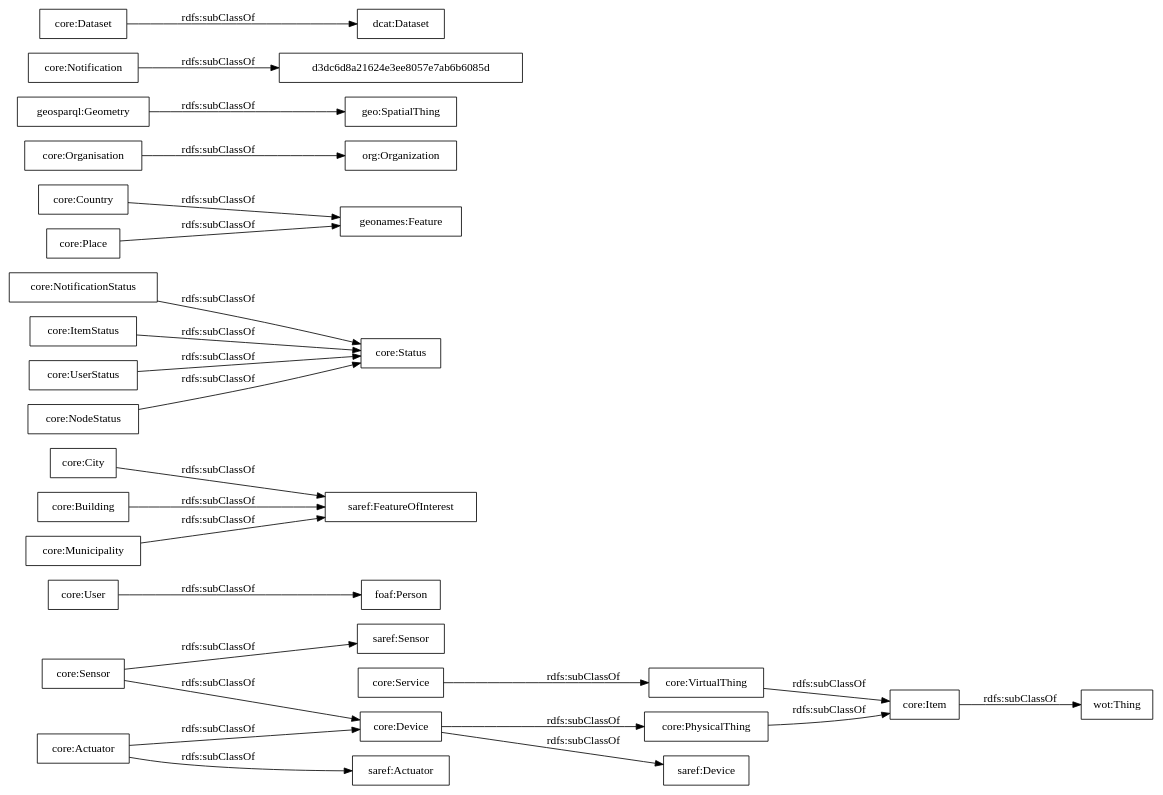
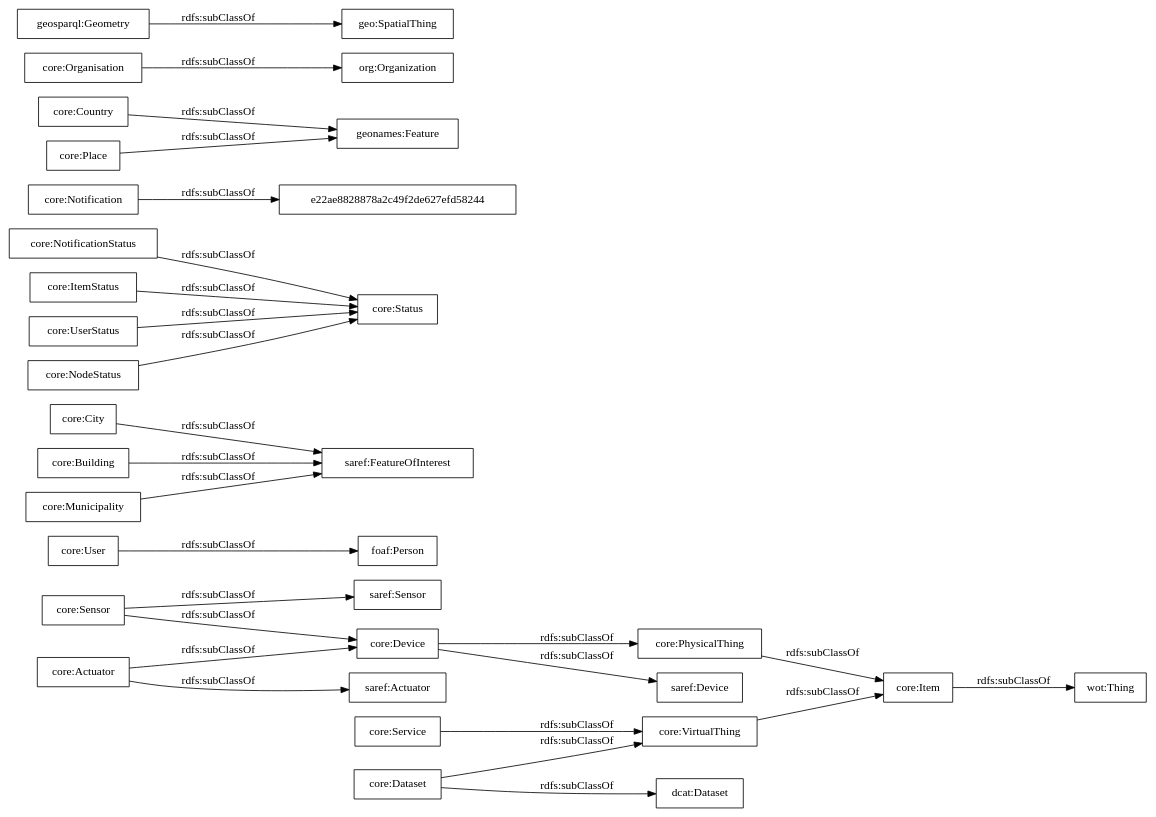
Before and after one commit to oeg-upm/auroral-core-ontology: the diagram in OnToology/ontology/auroral-core.ttl/diagrams/ar2dtool-taxonomy/auroral-core.ttl.png.dot, drawn with Graphviz. The commit also changed 12 other files, not shown here.

```diff
--- a/OnToology/ontology/auroral-core.ttl/diagrams/ar2dtool-taxonomy/auroral-core.ttl.png.dot
+++ b/OnToology/ontology/auroral-core.ttl/diagrams/ar2dtool-taxonomy/auroral-core.ttl.png.dot
@@ -1,30 +1,31 @@
 digraph ar2dtool_diagram { 
 rankdir=LR;
 size="1000"
-node [shape = rectangle, color="black"]; "wot:Thing" "saref:Actuator" "core:User" "saref:Device" "core:City" "core:NotificationStatus" "geonames:Feature" "core:Status" "core:Service" "core:Device" "core:Sensor" "core:Actuator" "core:Organisation" "foaf:Person" "core:Building" "org:Organization" "core:Country" "core:Item" "geosparql:Geometry" "core:Place" "core:Notification" "core:ItemStatus" "geo:SpatialThing" "core:PhysicalThing" "core:Dataset" "core:UserStatus" "core:NodeStatus" "core:Municipality" "core:VirtualThing" "saref:FeatureOfInterest" "saref:Sensor" "dcat:Dataset" "d3dc6d8a21624e3ee8057e7ab6b6085d" ; /*classes style*/
+node [shape = rectangle, color="black"]; "wot:Thing" "saref:Actuator" "core:User" "saref:Device" "core:City" "core:NotificationStatus" "e22ae8828878a2c49f2de627efd58244" "geonames:Feature" "core:Status" "core:Service" "core:Device" "core:Sensor" "core:Actuator" "core:Organisation" "foaf:Person" "core:Building" "org:Organization" "core:Country" "core:Item" "geosparql:Geometry" "core:Place" "core:Notification" "core:ItemStatus" "geo:SpatialThing" "core:PhysicalThing" "core:Dataset" "core:UserStatus" "core:NodeStatus" "core:Municipality" "core:VirtualThing" "saref:FeatureOfInterest" "saref:Sensor" "dcat:Dataset" ; /*classes style*/
 	"core:ItemStatus" -> "core:Status" [ label = "rdfs:subClassOf" ];
 	"core:Service" -> "core:VirtualThing" [ label = "rdfs:subClassOf" ];
 	"core:Country" -> "geonames:Feature" [ label = "rdfs:subClassOf" ];
 	"core:Organisation" -> "org:Organization" [ label = "rdfs:subClassOf" ];
 	"core:User" -> "foaf:Person" [ label = "rdfs:subClassOf" ];
 	"core:Building" -> "saref:FeatureOfInterest" [ label = "rdfs:subClassOf" ];
 	"core:PhysicalThing" -> "core:Item" [ label = "rdfs:subClassOf" ];
 	"core:Device" -> "saref:Device" [ label = "rdfs:subClassOf" ];
 	"core:Device" -> "core:PhysicalThing" [ label = "rdfs:subClassOf" ];
 	"core:Municipality" -> "saref:FeatureOfInterest" [ label = "rdfs:subClassOf" ];
 	"core:NodeStatus" -> "core:Status" [ label = "rdfs:subClassOf" ];
 	"core:UserStatus" -> "core:Status" [ label = "rdfs:subClassOf" ];
 	"core:Sensor" -> "saref:Sensor" [ label = "rdfs:subClassOf" ];
 	"core:Sensor" -> "core:Device" [ label = "rdfs:subClassOf" ];
 	"core:VirtualThing" -> "core:Item" [ label = "rdfs:subClassOf" ];
 	"core:Actuator" -> "saref:Actuator" [ label = "rdfs:subClassOf" ];
 	"core:Actuator" -> "core:Device" [ label = "rdfs:subClassOf" ];
 	"core:Place" -> "geonames:Feature" [ label = "rdfs:subClassOf" ];
 	"core:Item" -> "wot:Thing" [ label = "rdfs:subClassOf" ];
+	"core:Dataset" -> "core:VirtualThing" [ label = "rdfs:subClassOf" ];
 	"core:Dataset" -> "dcat:Dataset" [ label = "rdfs:subClassOf" ];
 	"geosparql:Geometry" -> "geo:SpatialThing" [ label = "rdfs:subClassOf" ];
-	"core:Notification" -> "d3dc6d8a21624e3ee8057e7ab6b6085d" [ label = "rdfs:subClassOf" ];
+	"core:Notification" -> "e22ae8828878a2c49f2de627efd58244" [ label = "rdfs:subClassOf" ];
 	"core:NotificationStatus" -> "core:Status" [ label = "rdfs:subClassOf" ];
 	"core:City" -> "saref:FeatureOfInterest" [ label = "rdfs:subClassOf" ];
 
 }
```
